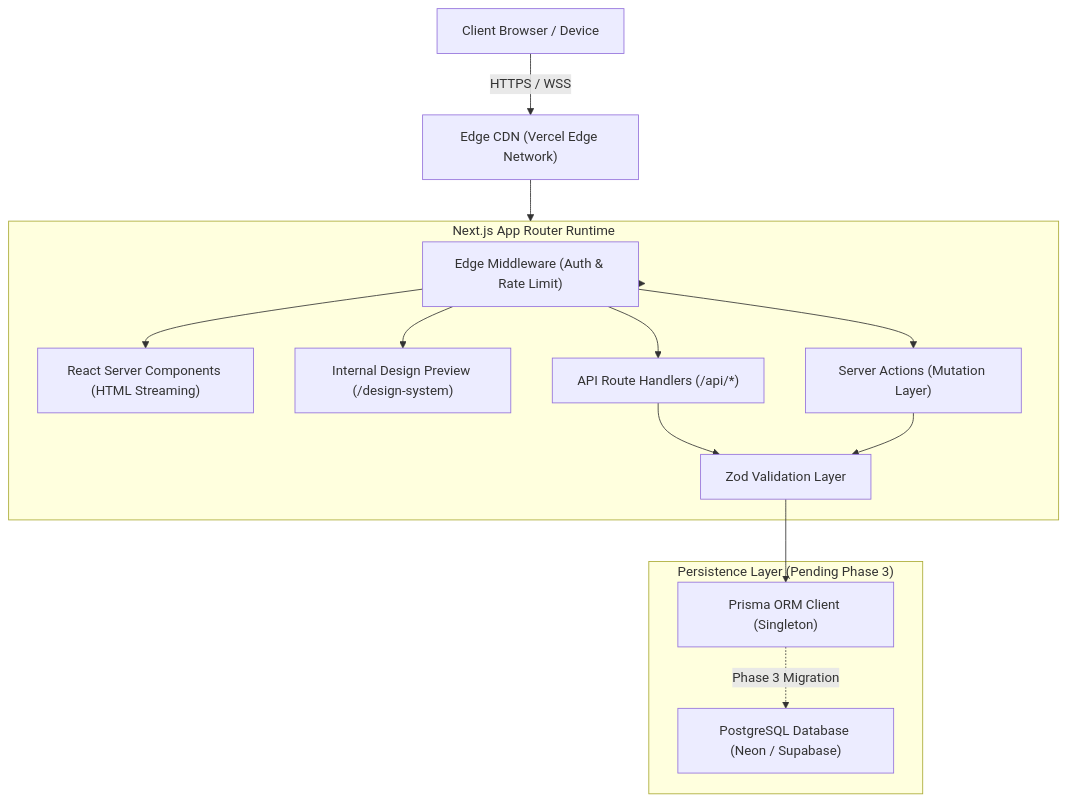
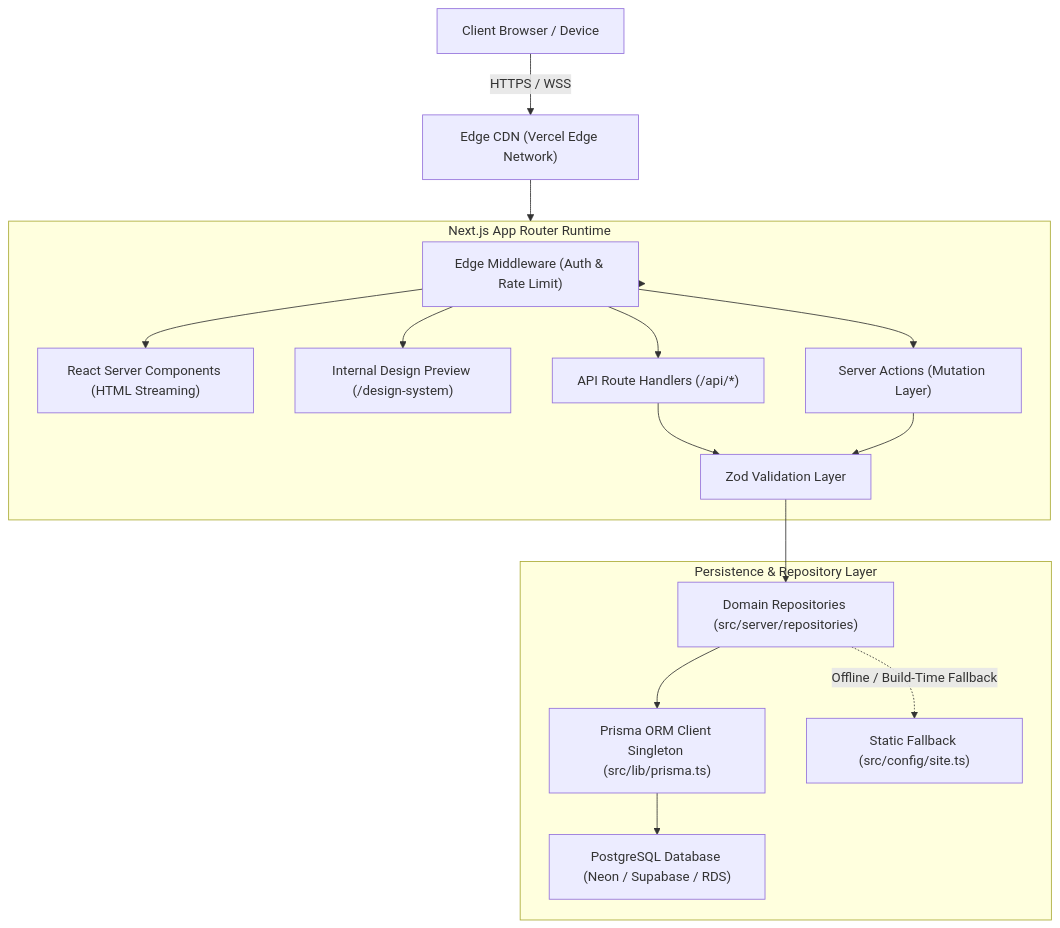
Before and after one commit to void-tech-shiv/Voidtechsolution: the diagram in docs/ARCHITECTURE.md, drawn with Mermaid. The commit also changed other lines of this file and 29 other files, not shown here.

Commit message:
feat(phase-3): implement database schema, repository abstraction layer & seeding engine

````diff
--- a/docs/ARCHITECTURE.md
+++ b/docs/ARCHITECTURE.md
@@ -6,31 +6,35 @@
 ```mermaid
 flowchart TD
     Client["Client Browser / Device"]
     CDN["Edge CDN (Vercel Edge Network)"]
     
     subgraph NextServer["Next.js App Router Runtime"]
         Middleware["Edge Middleware (Auth & Rate Limit)"]
         RSC["React Server Components (HTML Streaming)"]
         DesignPreview["Internal Design Preview (/design-system)"]
         Routes["API Route Handlers (/api/*)"]
         Actions["Server Actions (Mutation Layer)"]
         Validation["Zod Validation Layer"]
     end
 
-    subgraph DataLayer["Persistence Layer (Pending Phase 3)"]
-        PrismaClient["Prisma ORM Client (Singleton)"]
-        Postgres["PostgreSQL Database (Neon / Supabase)"]
+    subgraph DataLayer["Persistence & Repository Layer"]
+        Repo["Domain Repositories (src/server/repositories)"]
+        PrismaClient["Prisma ORM Client Singleton (src/lib/prisma.ts)"]
+        Postgres["PostgreSQL Database (Neon / Supabase / RDS)"]
+        StaticFallback["Static Fallback (src/config/site.ts)"]
     end
 
     Client -->|HTTPS / WSS| CDN
     CDN --> NextServer
     NextServer --> Middleware
     Middleware --> RSC
     Middleware --> DesignPreview
     Middleware --> Routes
     Middleware --> Actions
     Routes --> Validation
     Actions --> Validation
-    Validation --> PrismaClient
-    PrismaClient -.->|Phase 3 Migration| Postgres
+    Validation --> Repo
+    Repo --> PrismaClient
+    Repo -.->|Offline / Build-Time Fallback| StaticFallback
+    PrismaClient --> Postgres
 ```
````
